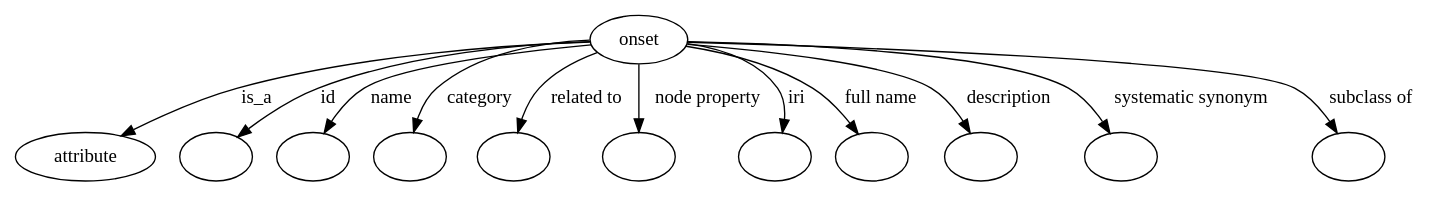
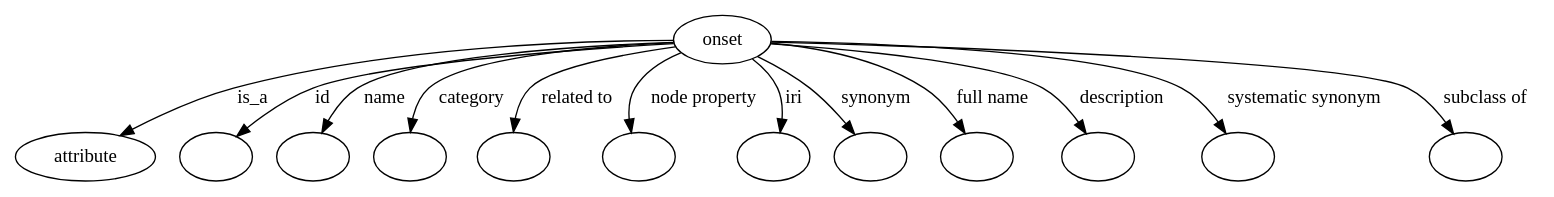
One commit to biolink/biolink-model changed the diagram in graphviz/onset.gv. Above: the diagram before and after it, drawn with Graphviz. The commit also changed 900 other files, not shown here.

```diff
--- a/graphviz/onset.gv
+++ b/graphviz/onset.gv
@@ -1,114 +1,124 @@
 digraph {
-	graph [bb="0,0,884.4,122"];
+	graph [bb="0,0,955.4,122"];
 	node [label="\N"];
 	onset	 [height=0.5,
 		label=onset,
-		pos="414.57,104",
+		pos="464.57,104",
 		width=0.79928];
 	attribute	 [height=0.5,
 		pos="39.574,18",
 		width=1.0993];
 	onset -> attribute	 [label=is_a,
-		lp="171.85,61",
-		pos="e,66.622,31.556 385.85,102.31 338.19,98.982 240.1,89.902 160.02,68 130.85,60.02 99.32,46.752 75.841,35.889"];
+		lp="168.85,61",
+		pos="e,65.855,31.772 435.65,103.36 380.54,101.53 257.04,94.554 157.02,68 128.53,60.437 97.946,47.237 75.13,36.298"];
 	id	 [color=black,
 		height=0.5,
 		label="",
 		pos="124.57,18",
 		width=0.75];
 	onset -> id	 [color=black,
 		label=id,
-		lp="224.02,61",
-		pos="e,144.08,30.818 385.82,101.57 346.82,97.648 275.41,88.212 217.68,68 194.83,59.996 170.79,46.954 152.86,36.196",
+		lp="220.02,61",
+		pos="e,143.42,31.309 435.98,101.23 379.26,95.524 254.42,81.813 213.68,68 191.85,60.598 169.23,47.829 152.24,37.048",
 		style=solid];
 	name	 [color=black,
 		height=0.5,
 		label="",
 		pos="196.57,18",
 		width=0.75];
 	onset -> name	 [color=black,
 		label=name,
-		lp="267.73,61",
-		pos="e,210.1,33.896 385.81,102.05 352.14,98.801 295.51,90.242 252.26,68 239.31,61.343 227.03,50.935 217.31,41.334",
+		lp="262.73,61",
+		pos="e,208.47,34.173 435.95,101.42 384.75,96.462 279.79,84.586 247.26,68 235.04,61.773 223.89,51.553 215.18,41.971",
 		style=solid];
 	category	 [color=black,
 		height=0.5,
 		label="",
 		pos="268.57,18",
 		width=0.75];
 	onset -> category	 [color=black,
 		label=category,
-		lp="322.67,61",
-		pos="e,275.18,35.537 386.11,100.99 360.79,97.057 323.94,88.115 298.38,68 290.57,61.849 284.35,53.039 279.67,44.523",
+		lp="316.67,61",
+		pos="e,272.74,35.818 435.91,101.1 392.9,96.246 314.35,85.271 292.38,68 285.1,62.277 279.93,53.783 276.31,45.413",
 		style=solid];
 	"related to"	 [color=black,
 		height=0.5,
 		label="",
 		pos="340.57,18",
 		width=0.75];
 	onset -> "related to"	 [color=black,
 		label="related to",
-		lp="384.81,61",
-		pos="e,343.85,36.08 391.03,93.573 379.72,87.528 366.77,78.934 358.1,68 353.02,61.584 349.35,53.586 346.73,45.882",
+		lp="377.81,61",
+		pos="e,340.09,36.2 436.9,98.554 407.17,92.149 362.65,80.758 351.1,68 345.72,62.055 342.83,54.074 341.34,46.237",
 		style=solid];
 	"node property"	 [color=black,
 		height=0.5,
 		label="",
-		pos="413.57,18",
+		pos="412.57,18",
 		width=0.75];
 	onset -> "node property"	 [color=black,
 		label="node property",
-		lp="453.64,61",
-		pos="e,413.79,36.212 414.36,85.762 414.23,74.36 414.06,59.434 413.9,46.494",
+		lp="450.64,61",
+		pos="e,408.02,36.109 440.27,94.022 429.37,88.173 417.59,79.617 411.43,68 407.95,61.431 406.92,53.661 407.1,46.23",
 		style=solid];
 	iri	 [color=black,
 		height=0.5,
 		label="",
-		pos="485.57,18",
+		pos="484.57,18",
 		width=0.75];
 	onset -> iri	 [color=black,
 		label=iri,
-		lp="503.79,61",
-		pos="e,493.97,35.429 442.67,99.153 460.56,94.455 482.4,85.366 493.57,68 497.87,61.317 498.14,53.12 496.68,45.311",
+		lp="501.79,61",
+		pos="e,492.04,35.478 480.47,88.972 485.69,83.003 490.85,75.72 493.57,68 496.11,60.795 495.91,52.741 494.52,45.237",
+		style=solid];
+	synonym	 [color=black,
+		height=0.5,
+		label="",
+		pos="556.57,18",
+		width=0.75];
+	onset -> synonym	 [color=black,
+		label=synonym,
+		lp="551.24,61",
+		pos="e,543.49,34.008 483.97,90.398 492.71,83.959 502.97,75.951 511.57,68 520.37,59.87 529.35,50.226 536.94,41.587",
 		style=solid];
 	"full name"	 [color=black,
 		height=0.5,
 		label="",
-		pos="557.57,18",
+		pos="628.57,18",
 		width=0.75];
 	onset -> "full name"	 [color=black,
 		label="full name",
-		lp="556.2,61",
-		pos="e,546.19,34.815 441.92,97.997 462.82,92.514 491.67,82.951 513.57,68 523.52,61.212 532.65,51.674 539.99,42.746",
+		lp="625.2,61",
+		pos="e,616.39,34.514 492.47,99.441 517.05,94.503 553.13,84.955 580.57,68 591.5,61.25 601.66,51.437 609.79,42.289",
 		style=solid];
 	description	 [color=black,
 		height=0.5,
 		label="",
-		pos="629.57,18",
+		pos="700.57,18",
 		width=0.75];
 	onset -> description	 [color=black,
 		label=description,
-		lp="634.68,61",
-		pos="e,619.26,34.956 443.04,100.3 485.4,94.424 562.6,82.156 586.57,68 596.99,61.849 606.13,52.258 613.28,43.115",
+		lp="704.68,61",
+		pos="e,689.66,35.042 493.1,100.89 539.31,95.479 628.14,83.42 655.57,68 666.33,61.953 675.87,52.381 683.37,43.223",
 		style=solid];
 	"systematic synonym"	 [color=black,
 		height=0.5,
 		label="",
-		pos="713.57,18",
+		pos="785.57,18",
 		width=0.75];
 	onset -> "systematic synonym"	 [color=black,
 		label="systematic synonym",
-		lp="744.54,61",
-		pos="e,703.43,34.761 443.68,102.42 502.02,98.854 631.01,88.802 669.57,68 680.48,62.116 689.97,52.393 697.31,43.079",
+		lp="814.54,61",
+		pos="e,774.83,34.81 493.54,102.7 555.18,99.531 697.15,90.009 739.57,68 750.91,62.118 760.89,52.266 768.63,42.856",
 		style=solid];
 	"subclass of"	 [color=black,
 		height=0.5,
 		label="",
-		pos="850.57,18",
+		pos="922.57,18",
 		width=0.75];
 	onset -> "subclass of"	 [color=black,
 		label="subclass of",
-		lp="853.49,61",
-		pos="e,840.23,34.98 443.29,102.56 528.07,98.157 773.39,84.141 805.57,68 816.88,62.331 826.67,52.512 834.21,43.068",
+		lp="924.49,61",
+		pos="e,911.61,35.009 493.49,102.66 581.36,98.419 841.38,84.595 875.57,68 887.18,62.367 897.38,52.554 905.28,43.105",
 		style=solid];
 }
```
